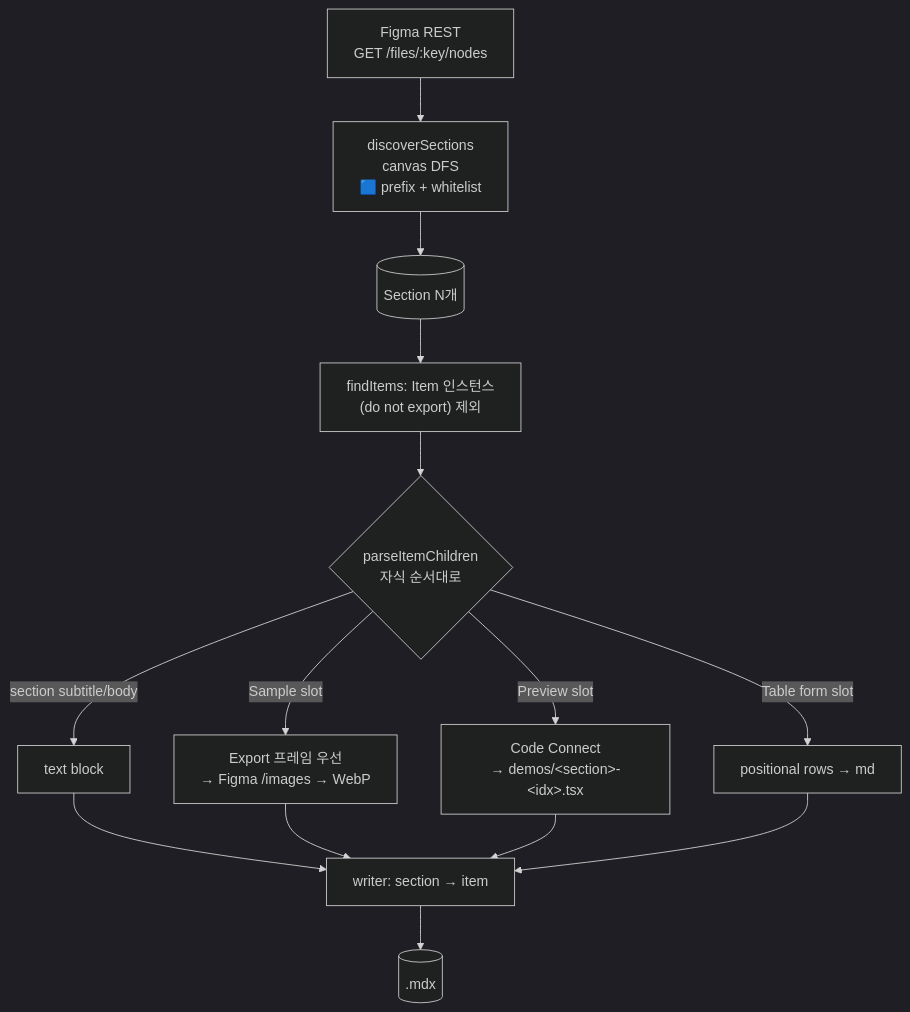
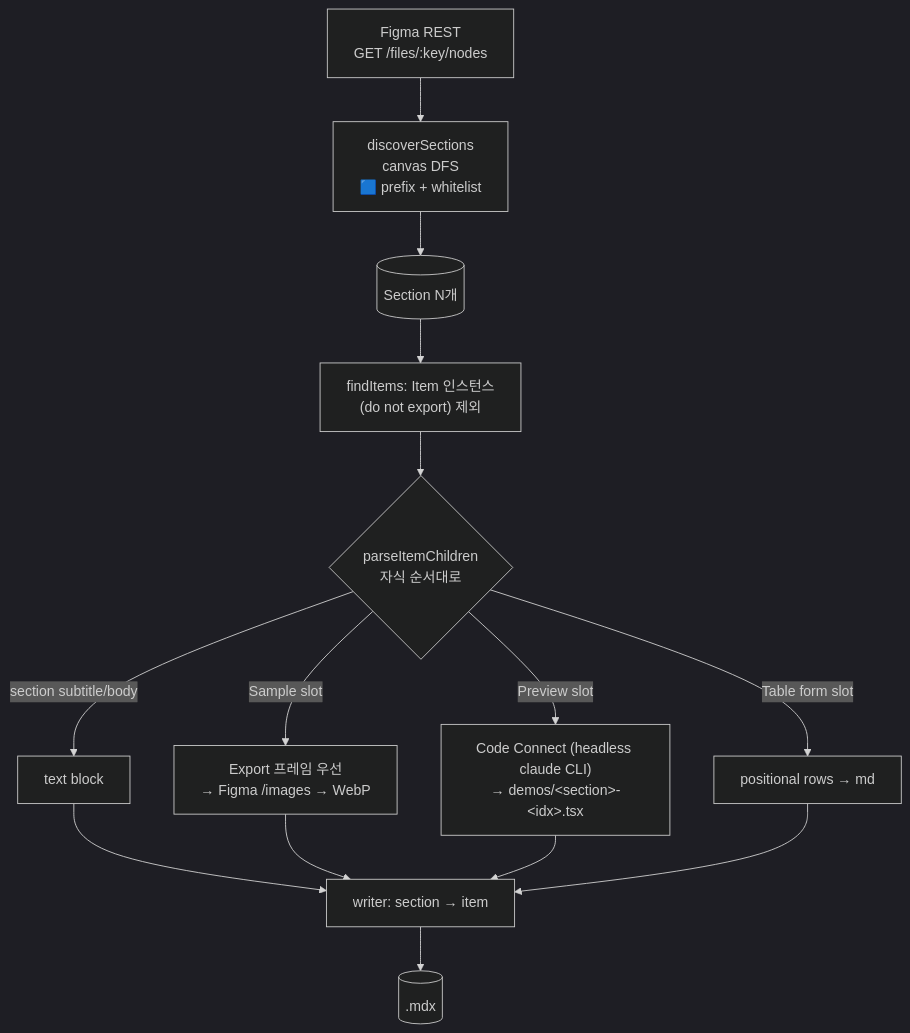
Before and after one commit to goorm-dev/vapor-ui: the first of 2 diagrams in scripts/extract-composites/README.md, drawn with Mermaid (dark theme). The commit also changed other lines of this file and 4 other files, not shown here.

First line of the commit message:
feat(extract-composites): Code Connect를 headless Claude CLI로 추출 (VAPOR-260)

````diff
--- a/scripts/extract-composites/README.md
+++ b/scripts/extract-composites/README.md
@@ -40,16 +40,16 @@
 ```mermaid
 flowchart TD
     A["Figma REST<br/>GET /files/:key/nodes"] --> B["discoverSections<br/>canvas DFS<br/>🟦 prefix + whitelist"]
     B --> C[(Section N개)]
     C --> F["findItems: Item 인스턴스<br/>(do not export) 제외"]
     F --> G{parseItemChildren<br/>자식 순서대로}
     G -->|section subtitle/body| H[text block]
     G -->|Sample slot| I["Export 프레임 우선<br/>→ Figma /images → WebP"]
-    G -->|Preview slot| J["Code Connect<br/>→ demos/&lt;section&gt;-&lt;idx&gt;.tsx"]
+    G -->|Preview slot| J["Code Connect (headless claude CLI)<br/>→ demos/&lt;section&gt;-&lt;idx&gt;.tsx"]
     G -->|Table form slot| K[positional rows → md]
     H --> L[writer: section → item]
     I --> L
     J --> L
     K --> L
     L --> M[("<slug>.mdx")]
 ```
````
